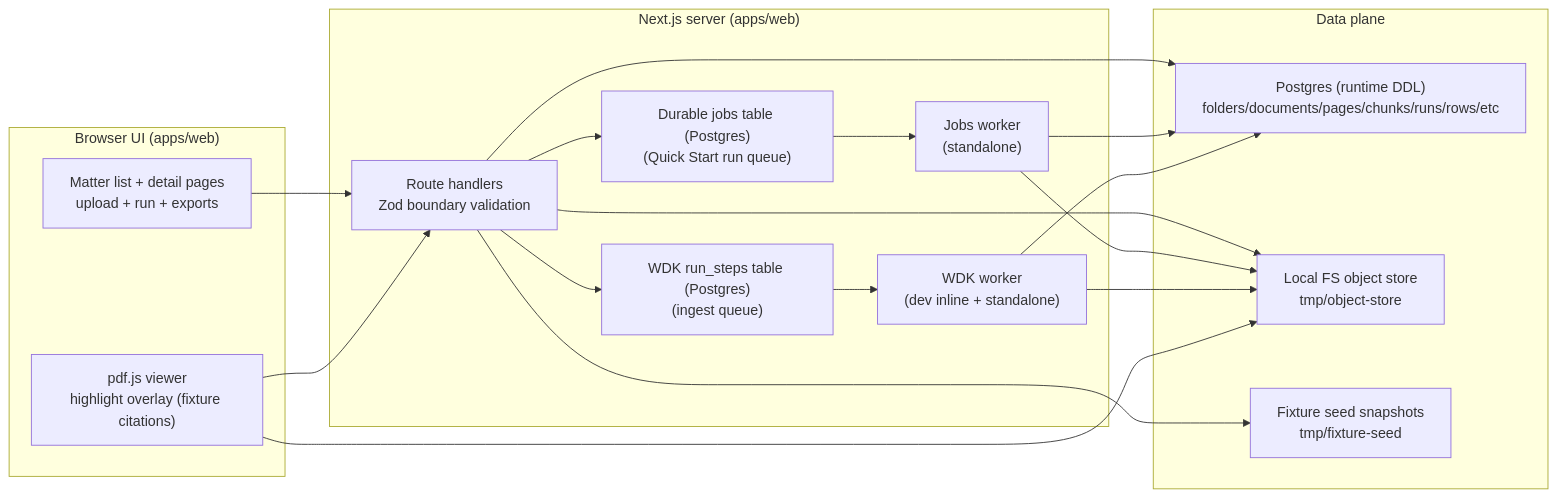
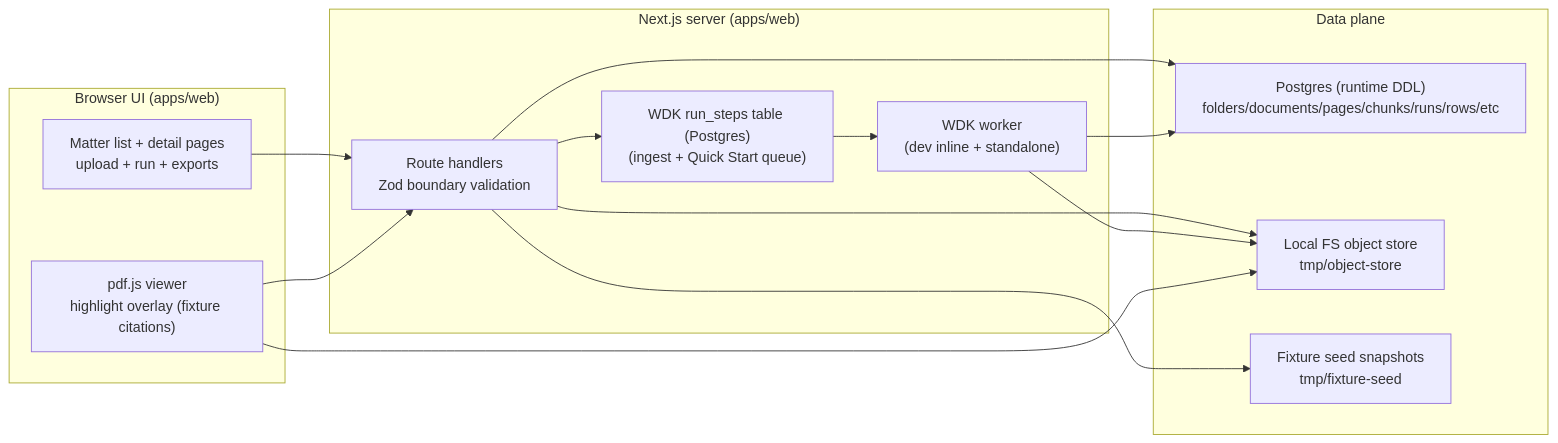
The diagram in docs/03-architecture/07_current_poc_runtime.md (marchatton/legaltech-poc), drawn with Mermaid before and after one commit. The commit also changed other lines of this file and 8 other files, not shown here.

First line of the commit message:
docs(quick-start): sync 0004 docs with WDK reality

````diff
--- a/docs/03-architecture/07_current_poc_runtime.md
+++ b/docs/03-architecture/07_current_poc_runtime.md
@@ -23,46 +22,38 @@
 ```mermaid
 flowchart LR
   subgraph FE["Browser UI (apps/web)"]
     UI["Matter list + detail pages
 upload + run + exports"]
     PDFV["pdf.js viewer
 highlight overlay (fixture citations)"]
   end
 
   subgraph WEB["Next.js server (apps/web)"]
     API["Route handlers
 Zod boundary validation"]
-    JOBS["Durable jobs table (Postgres)
-(Quick Start run queue)"]
     WDKQ["WDK run_steps table (Postgres)
-(ingest queue)"]
-    WKR["Jobs worker
-(standalone)"]
+(ingest + Quick Start queue)"]
     WDKWKR["WDK worker
 (dev inline + standalone)"]
   end
 
   subgraph DATA["Data plane"]
     PG["Postgres (runtime DDL)
 folders/documents/pages/chunks/runs/rows/etc"]
     FS["Local FS object store
 tmp/object-store"]
     SEED["Fixture seed snapshots
 tmp/fixture-seed"]
   end
 
   UI --> API
   API --> PG
   API --> FS
-  API --> JOBS
-  JOBS --> WKR
   API --> WDKQ
   WDKQ --> WDKWKR
-  WKR --> PG
-  WKR --> FS
   WDKWKR --> PG
   WDKWKR --> FS
   API --> SEED
   PDFV --> API
   PDFV --> FS
 ```
````
